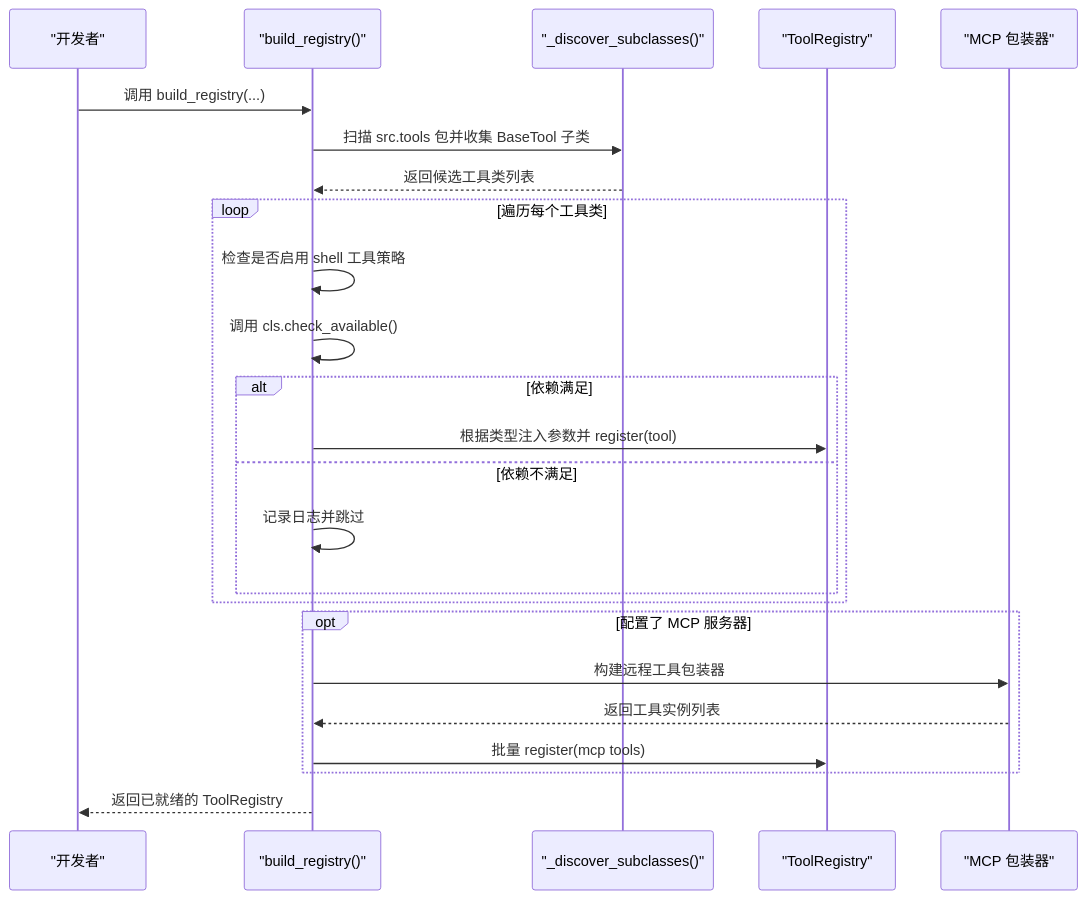
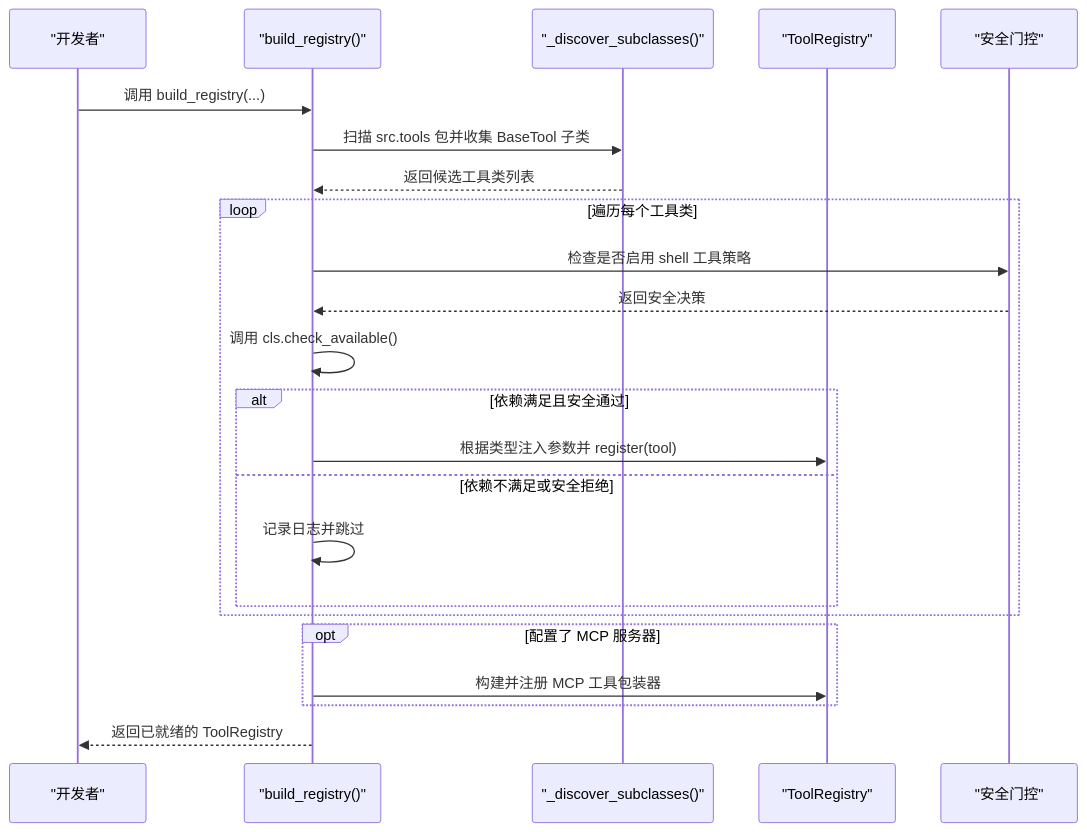
The second of 7 diagrams in .qoder/repowiki/zh/content/AI代理系统/工具系统/工具注册机制.md (20012002er/Vibe-Trading), drawn with Mermaid before and after one commit. The commit also changed other lines of this file and 7 other files, not shown here.

````diff
--- a/.qoder/repowiki/zh/content/AI代理系统/工具系统/工具注册机制.md
+++ b/.qoder/repowiki/zh/content/AI代理系统/工具系统/工具注册机制.md
@@ -70,26 +77,25 @@
 ```mermaid
 sequenceDiagram
 participant Dev as "开发者"
 participant Reg as "build_registry()"
 participant Disc as "_discover_subclasses()"
 participant RT as "ToolRegistry"
-participant MCP as "MCP 包装器"
+participant Sec as "安全门控"
 Dev->>Reg : 调用 build_registry(...)
 Reg->>Disc : 扫描 src.tools 包并收集 BaseTool 子类
 Disc-->>Reg : 返回候选工具类列表
 loop 遍历每个工具类
-Reg->>Reg : 检查是否启用 shell 工具策略
+Reg->>Sec : 检查是否启用 shell 工具策略
+Sec-->>Reg : 返回安全决策
 Reg->>Reg : 调用 cls.check_available()
-alt 依赖满足
+alt 依赖满足且安全通过
 Reg->>RT : 根据类型注入参数并 register(tool)
-else 依赖不满足
+else 依赖不满足或安全拒绝
 Reg->>Reg : 记录日志并跳过
 end
 end
 opt 配置了 MCP 服务器
-Reg->>MCP : 构建远程工具包装器
-MCP-->>Reg : 返回工具实例列表
-Reg->>RT : 批量 register(mcp tools)
+Reg->>RT : 构建并注册 MCP 工具包装器
 end
 Reg-->>Dev : 返回已就绪的 ToolRegistry
 ```
````
